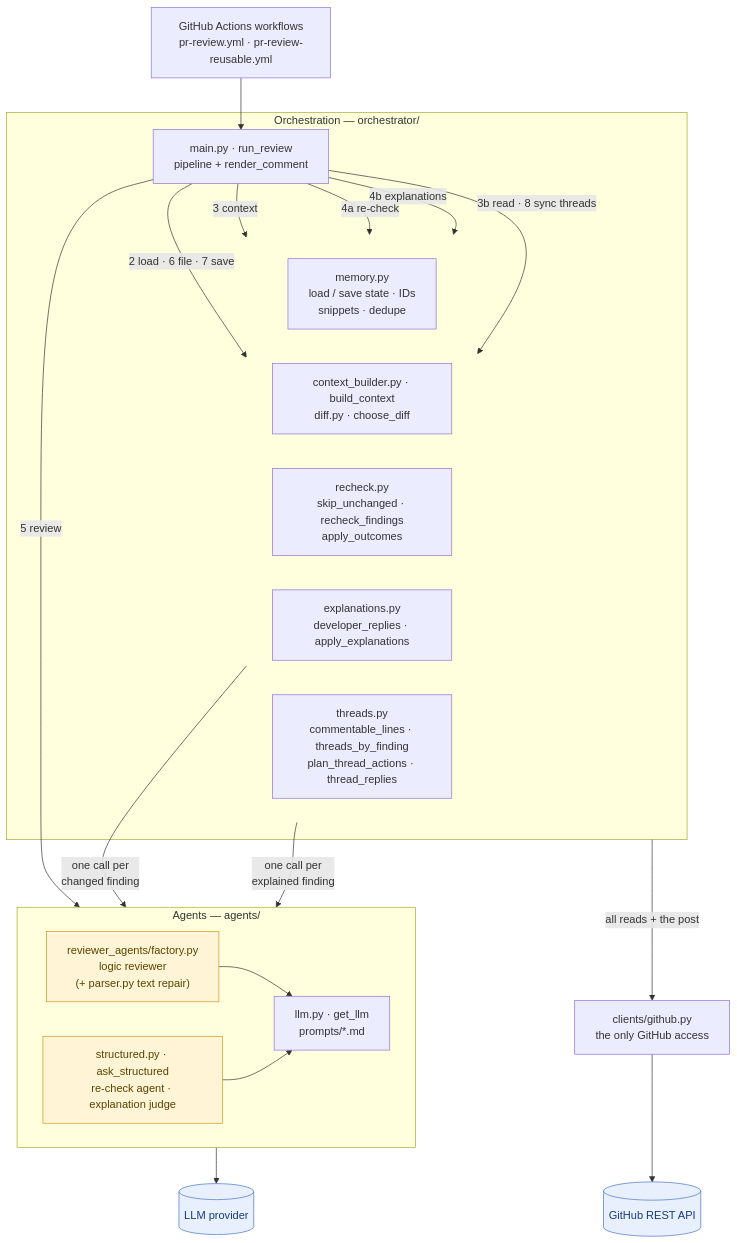
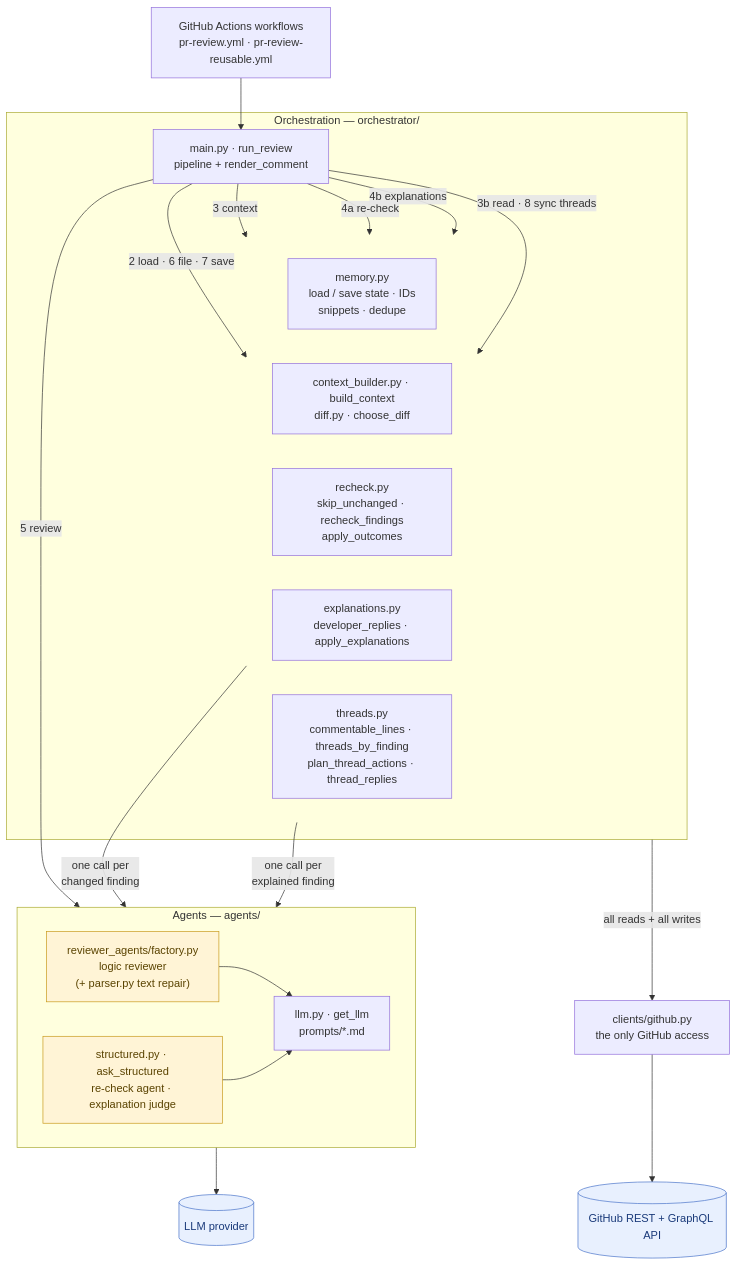
The fourth of 14 diagrams in docs/agentic-pr-review-system-design.v1.md (bryanChatsirichai/github_agentic_pr_reviewer), drawn with Mermaid before and after one commit. The commit also changed other lines of this file and 1 other file, not shown here.

First line of the commit message:
Docs: Bring remaining diagrams and sections in line with Step 9b

````diff
--- a/docs/agentic-pr-review-system-design.v1.md
+++ b/docs/agentic-pr-review-system-design.v1.md
@@ -167,47 +167,47 @@
 ```mermaid
 flowchart TB
     WF["GitHub Actions workflows<br/>pr-review.yml · pr-review-reusable.yml"]
 
     subgraph ORCH ["Orchestration — orchestrator/"]
         MAIN["main.py · run_review<br/>pipeline + render_comment"]
         subgraph STEPS [" "]
             direction LR
             MM["memory.py<br/>load / save state · IDs<br/>snippets · dedupe"]
             CB["context_builder.py · build_context<br/>diff.py · choose_diff"]
             RCK["recheck.py<br/>skip_unchanged · recheck_findings<br/>apply_outcomes"]
             EXP["explanations.py<br/>developer_replies · apply_explanations"]
             THR["threads.py<br/>commentable_lines · threads_by_finding<br/>plan_thread_actions · thread_replies"]
         end
     end
 
     subgraph AGENTS ["Agents — agents/"]
         direction LR
         REV["reviewer_agents/factory.py<br/>logic reviewer<br/>(+ parser.py text repair)"]
         STR["structured.py · ask_structured<br/>re-check agent · explanation judge"]
         LLMF["llm.py · get_llm<br/>prompts/*.md"]
     end
 
     GHC["clients/github.py<br/>the only GitHub access"]
-    GHAPI[("GitHub REST API")]
+    GHAPI[("GitHub REST + GraphQL API")]
     PROV[("LLM provider")]
 
     WF --> MAIN
     MAIN -->|"2 load · 6 file · 7 save"| MM
     MAIN -->|"3 context"| CB
     MAIN -->|"4a re-check"| RCK
     MAIN -->|"4b explanations"| EXP
     MAIN -->|"3b read · 8 sync threads"| THR
     MAIN -->|"5 review"| REV
     RCK -->|"one call per<br/>changed finding"| STR
     EXP -->|"one call per<br/>explained finding"| STR
     REV & STR --> LLMF
     LLMF --> PROV
-    ORCH -->|"all reads + the post"| GHC
+    ORCH -->|"all reads + all writes"| GHC
     GHC --> GHAPI
 
     classDef llm fill:#fff4d6,stroke:#c99a1d,color:#5a4300
     classDef ext fill:#e8f0fe,stroke:#4a74c9,color:#1a3a7a
     class REV,STR llm
     class GHAPI,PROV ext
     style STEPS fill:none,stroke:none
 ```
````
